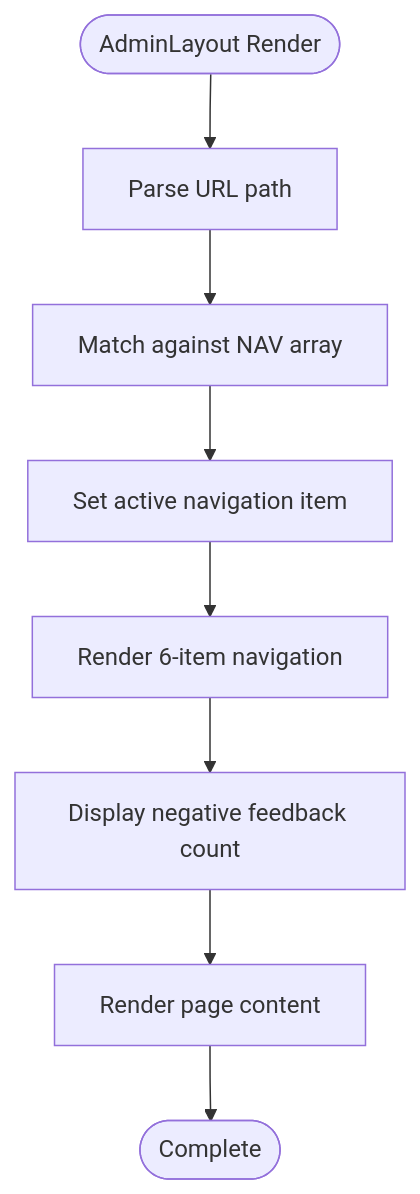
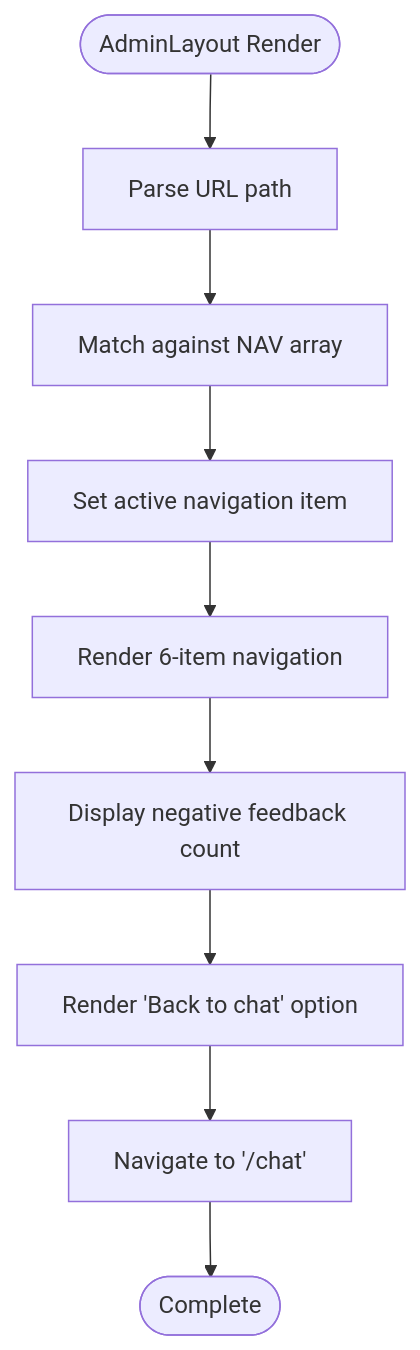
The third of 16 diagrams in .qoder/repowiki/en/content/Frontend Application/Admin Dashboard/Admin Dashboard.md (genes8/private-ai), drawn with Mermaid before and after one commit. The commit also changed other lines of this file and 55 other files, not shown here.

````diff
--- a/.qoder/repowiki/en/content/Frontend Application/Admin Dashboard/Admin Dashboard.md
+++ b/.qoder/repowiki/en/content/Frontend Application/Admin Dashboard/Admin Dashboard.md
@@ -205,10 +212,11 @@
 ```mermaid
 flowchart TD
 Start(["AdminLayout Render"]) --> GetRoute["Parse URL path"]
 GetRoute --> FindNav["Match against NAV array"]
 FindNav --> SetActive["Set active navigation item"]
 SetActive --> RenderNav["Render 6-item navigation"]
 RenderNav --> FeedbackBadge["Display negative feedback count"]
-FeedbackBadge --> RenderContent["Render page content"]
-RenderContent --> End(["Complete"])
+FeedbackBadge --> BackToChat["Render 'Back to chat' option"]
+BackToChat --> ChatNav["Navigate to '/chat'"]
+ChatNav --> End(["Complete"])
 ```
````
